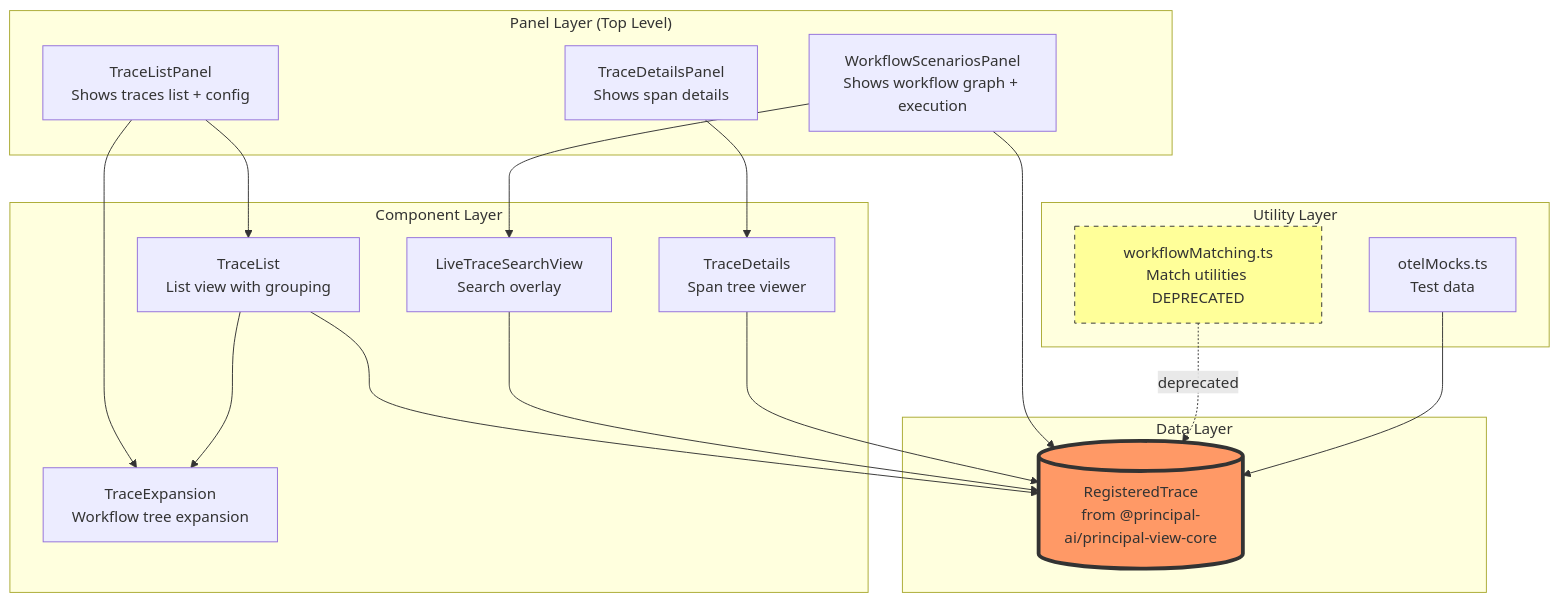
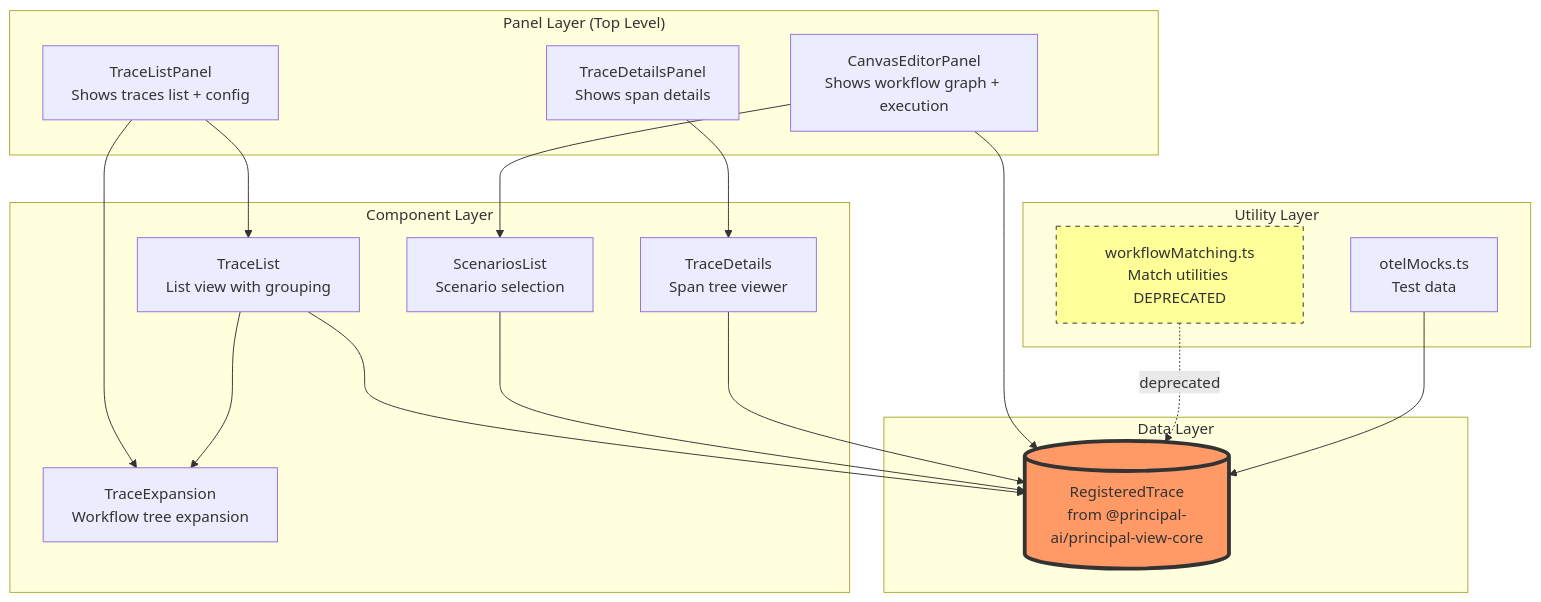
One commit to principal-ade/industry-themed-principal-view-panels changed the first of 2 diagrams in MIGRATION_GUIDE.md. Above: the diagram before and after it, drawn with Mermaid. The commit also changed other lines of this file and 15 other files, not shown here.

First line of the commit message:
refactor: remove WorkflowScenariosPanel (migrated to CanvasEditorPanel)

````diff
--- a/MIGRATION_GUIDE.md
+++ b/MIGRATION_GUIDE.md
@@ -13,41 +13,41 @@
 ```mermaid
 graph TD
     subgraph "Panel Layer (Top Level)"
         TLP[TraceListPanel<br/>Shows traces list + config]
         TDP[TraceDetailsPanel<br/>Shows span details]
-        WSP[WorkflowScenariosPanel<br/>Shows workflow graph + execution]
+        CEP[CanvasEditorPanel<br/>Shows workflow graph + execution]
     end
 
     subgraph "Component Layer"
         TL[TraceList<br/>List view with grouping]
         TE[TraceExpansion<br/>Workflow tree expansion]
-        LTSV[LiveTraceSearchView<br/>Search overlay]
+        SL[ScenariosList<br/>Scenario selection]
         TD[TraceDetails<br/>Span tree viewer]
     end
 
     subgraph "Utility Layer"
         WM[workflowMatching.ts<br/>Match utilities DEPRECATED]
         Mocks[otelMocks.ts<br/>Test data]
     end
 
     subgraph "Data Layer"
         RT[(RegisteredTrace<br/>from @principal-ai/principal-view-core)]
     end
 
     TLP --> TL
     TLP --> TE
     TDP --> TD
-    WSP --> LTSV
-    WSP --> RT
+    CEP --> SL
+    CEP --> RT
 
     TL --> TE
     TL --> RT
-    LTSV --> RT
+    SL --> RT
     TD --> RT
 
     WM -.deprecated.-> RT
     Mocks --> RT
 
     style RT fill:#f96,stroke:#333,stroke-width:4px
     style WM fill:#ff9,stroke:#333,stroke-dasharray: 5 5
 ```
````
